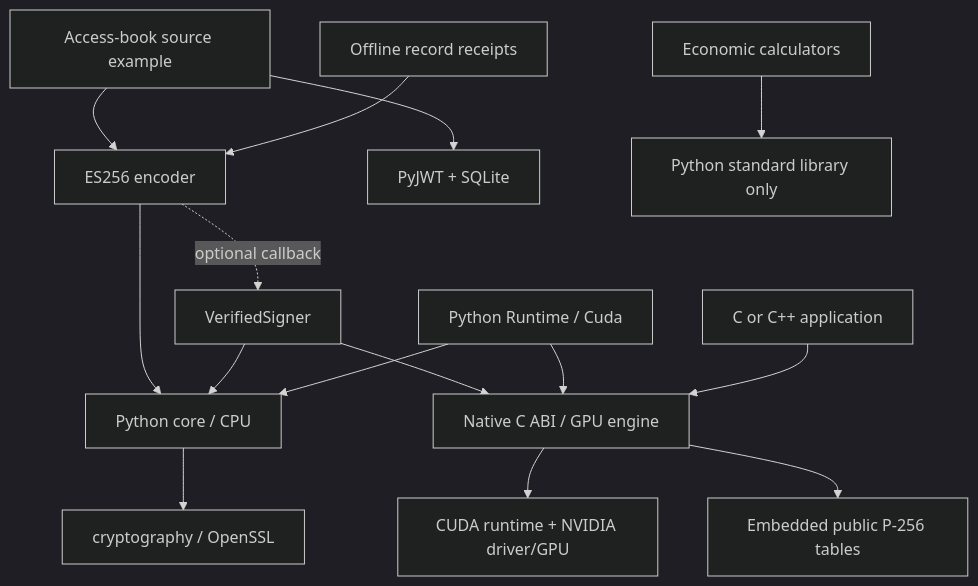
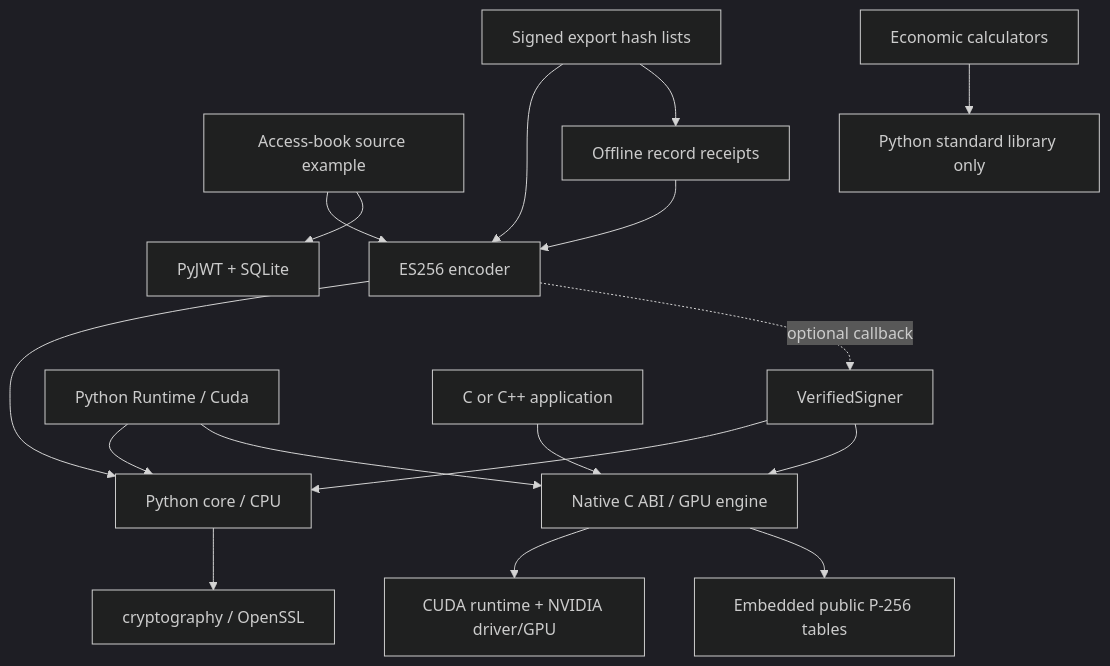
The diagram in docs/COMPONENTS.md (Topcat-d/gpu-batch-crypto), drawn with Mermaid (dark theme) before and after one commit. The commit also changed other lines of this file and 15 other files, not shown here.

Commit message:
Add signed export manifests with full-count verification and explicit format choice

````diff
--- a/docs/COMPONENTS.md
+++ b/docs/COMPONENTS.md
@@ -33,17 +34,19 @@
 ```mermaid
 flowchart TD
     APP["Access-book source example"] --> JWS["ES256 encoder"]
     APP --> JWT["PyJWT + SQLite"]
     RECEIPT["Offline record receipts"] --> JWS
+    MANIFEST["Signed export hash lists"] --> JWS
+    MANIFEST --> RECEIPT
     JWS --> CORE["Python core / CPU"]
     JWS -. "optional callback" .-> GUARD["VerifiedSigner"]
     GUARD --> CORE
     CORE --> CRYPTO["cryptography / OpenSSL"]
     GUARD --> SDK["Native C ABI / GPU engine"]
     RUNTIME["Python Runtime / Cuda"] --> CORE
     RUNTIME --> SDK
     C["C or C++ application"] --> SDK
     SDK --> CUDA["CUDA runtime + NVIDIA driver/GPU"]
     SDK --> TABLES["Embedded public P-256 tables"]
     CALC["Economic calculators"] --> STD["Python standard library only"]
 ```
````
